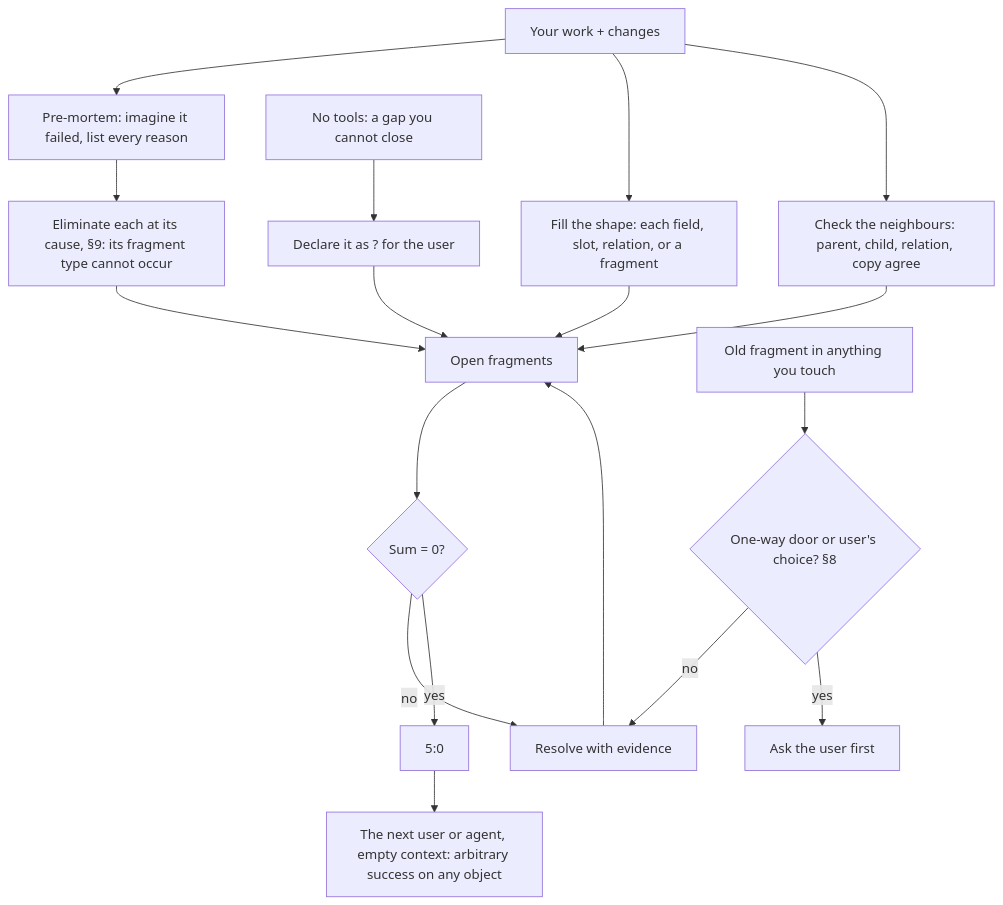
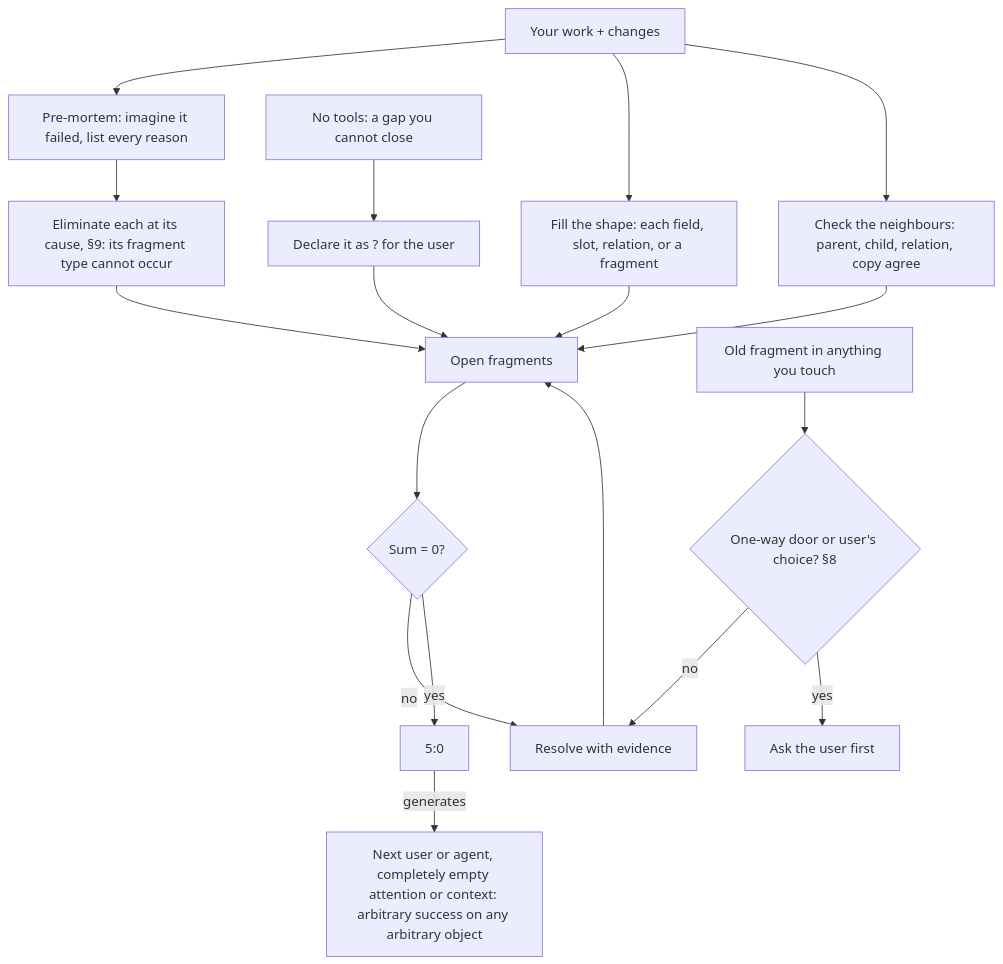
The second of 14 diagrams in AGENTS.md (SolenixAI/arbiter), drawn with Mermaid before and after one commit. The commit also changed other lines of this file, not shown here.

Commit message:
docs(agents): 5:0 generator in the user's exact words

````diff
--- a/AGENTS.md
+++ b/AGENTS.md
@@ -86,12 +86,12 @@
 ```mermaid
 flowchart TD
   W[Your work + changes] --> PM[Pre-mortem: imagine it failed, list every reason] --> P[Eliminate each at its cause, §9: its fragment type cannot occur] --> L[Open fragments] --> C{Sum = 0?}
   C -->|no| F[Resolve with evidence] --> L
   W --> SH[Fill the shape: each field, slot, relation, or a fragment] --> L
   W --> NB[Check the neighbours: parent, child, relation, copy agree] --> L
-  C -->|yes| D[5:0] --> NX["The next user or agent, empty context: arbitrary success on any object"]
+  C -->|yes| D[5:0] -->|generates| NX["Next user or agent, completely empty attention or context: arbitrary success on any arbitrary object"]
   O[Old fragment in anything you touch] --> OW{One-way door or user's choice? §8}
   OW -->|no| F
   OW -->|yes| UA[Ask the user first]
   NT[No tools: a gap you cannot close] --> X["Declare it as ? for the user"] --> L
 ```
````
